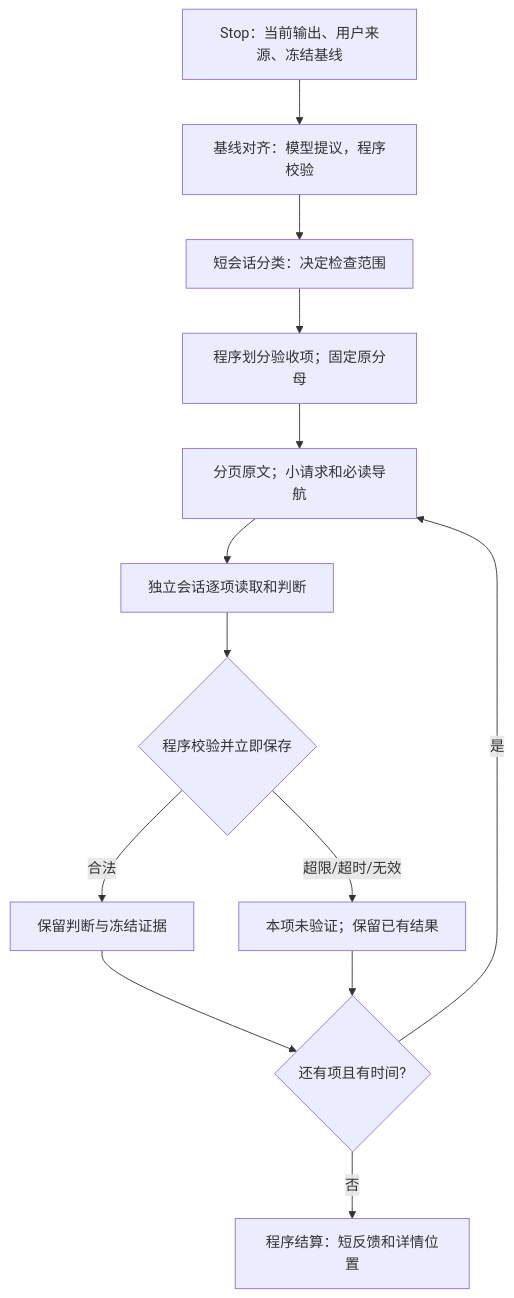
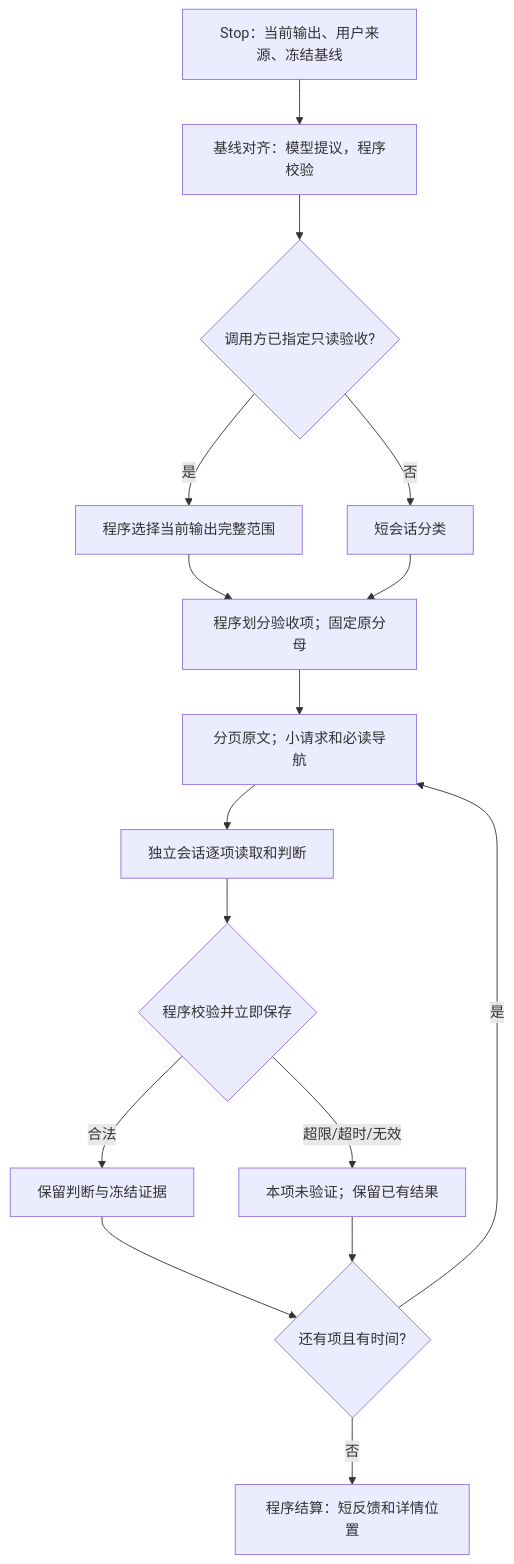
One commit to SELab-Leibniz/VeriPilot-Verifier changed the diagram in docs/stop-review-bounds.md. Above: the diagram before and after it, drawn with Mermaid. The commit also changed other lines of this file and 5 other files, not shown here.

````diff
--- a/docs/stop-review-bounds.md
+++ b/docs/stop-review-bounds.md
@@ -20,15 +20,18 @@
 ```mermaid
 flowchart TD
   A[Stop：当前输出、用户来源、冻结基线] --> B[基线对齐：模型提议，程序校验]
-  B --> C[短会话分类：决定检查范围]
-  C --> D[程序划分验收项；固定原分母]
+  B --> C{调用方已指定只读验收?}
+  C -->|是| C1[程序选择当前输出完整范围]
+  C -->|否| C2[短会话分类]
+  C1 --> D[程序划分验收项；固定原分母]
+  C2 --> D
   D --> E[分页原文；小请求和必读导航]
   E --> F[独立会话逐项读取和判断]
   F --> G{程序校验并立即保存}
   G -->|合法| H[保留判断与冻结证据]
   G -->|超限/超时/无效| I[本项未验证；保留已有结果]
   H --> J{还有项且有时间?}
   I --> J
   J -->|是| E
   J -->|否| K[程序结算：短反馈和详情位置]
 ```
````
